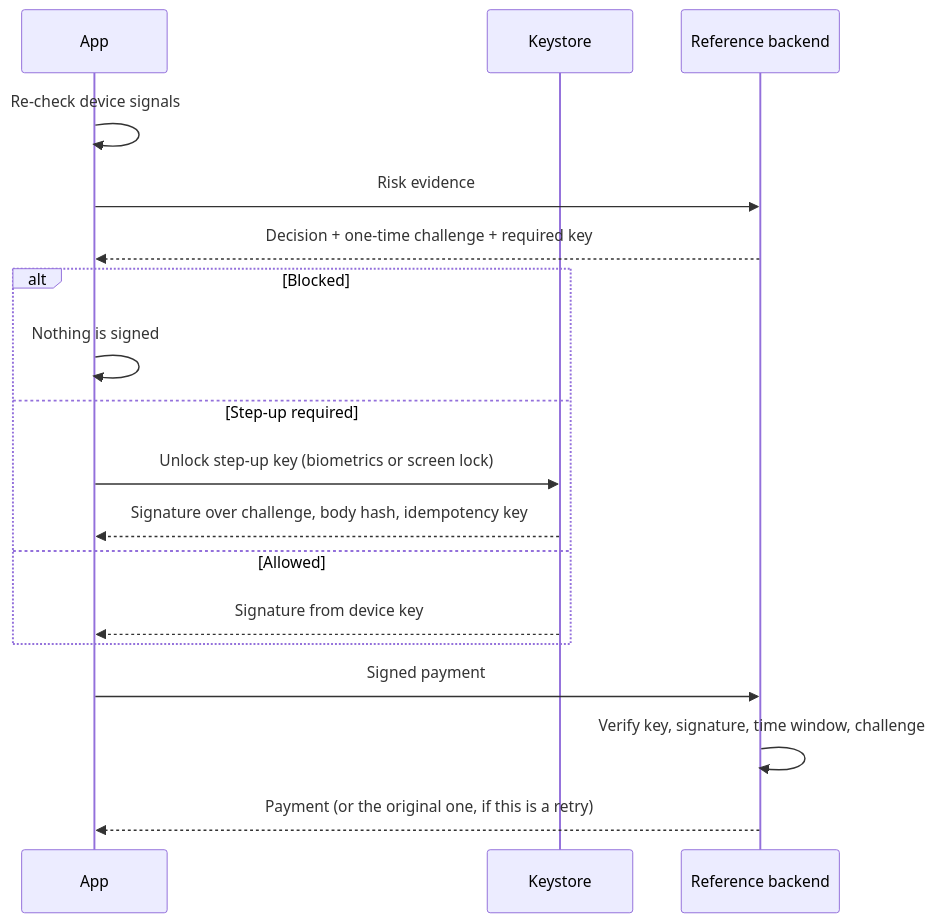
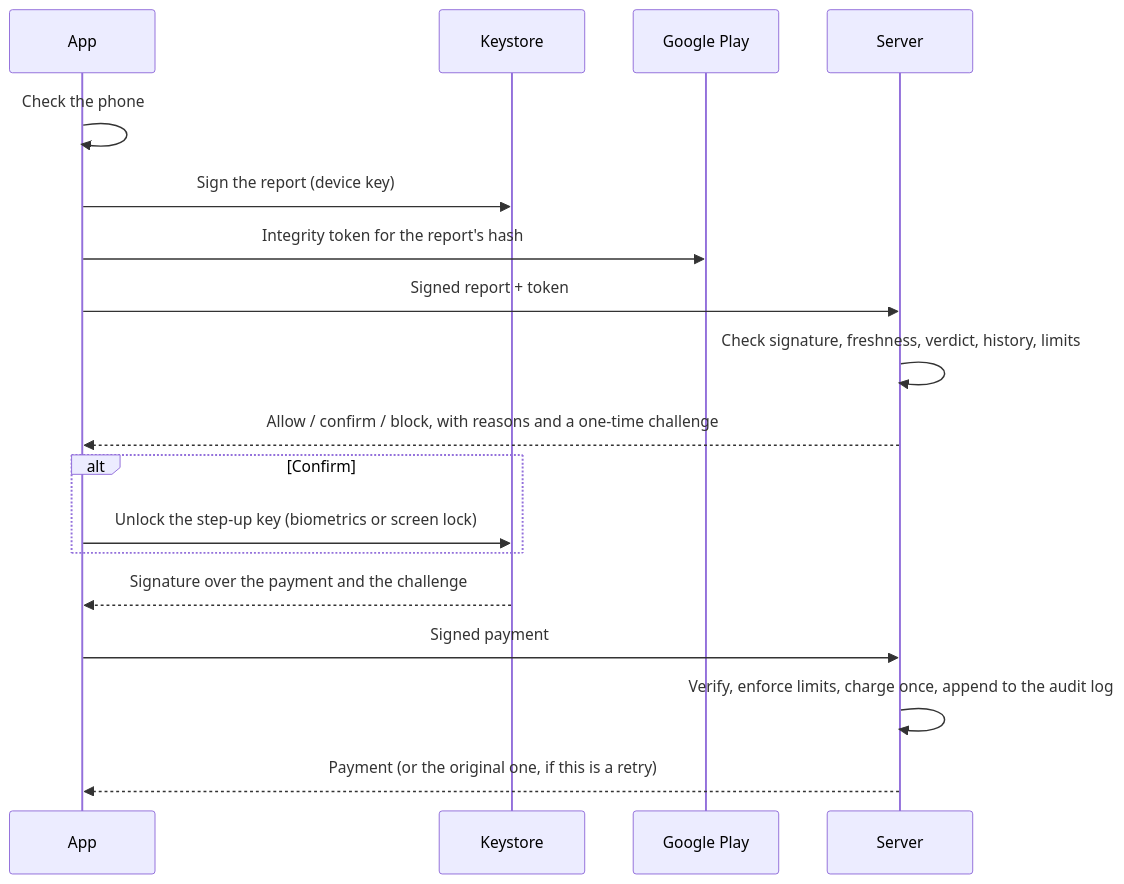
Before and after one commit to fattah247/trustgate-android: the first of 2 diagrams in README.md, drawn with Mermaid. The commit also changed other lines of this file and 1 other file, not shown here.

````diff
--- a/README.md
+++ b/README.md
@@ -27,20 +38,20 @@
 ```mermaid
 sequenceDiagram
     participant App
     participant Keystore
-    participant Backend as Reference backend
-    App->>App: Re-check device signals
-    App->>Backend: Risk evidence
-    Backend-->>App: Decision + one-time challenge + required key
-    alt Blocked
-        App->>App: Nothing is signed
-    else Step-up required
-        App->>Keystore: Unlock step-up key (biometrics or screen lock)
-        Keystore-->>App: Signature over challenge, body hash, idempotency key
-    else Allowed
-        Keystore-->>App: Signature from device key
+    participant Play as Google Play
+    participant Server
+    App->>App: Check the phone
+    App->>Keystore: Sign the report (device key)
+    App->>Play: Integrity token for the report's hash
+    App->>Server: Signed report + token
+    Server->>Server: Check signature, freshness, verdict, history, limits
+    Server-->>App: Allow / confirm / block, with reasons and a one-time challenge
+    alt Confirm
+        App->>Keystore: Unlock the step-up key (biometrics or screen lock)
     end
-    App->>Backend: Signed payment
-    Backend->>Backend: Verify key, signature, time window, challenge
-    Backend-->>App: Payment (or the original one, if this is a retry)
+    Keystore-->>App: Signature over the payment and the challenge
+    App->>Server: Signed payment
+    Server->>Server: Verify, enforce limits, charge once, append to the audit log
+    Server-->>App: Payment (or the original one, if this is a retry)
 ```
````
